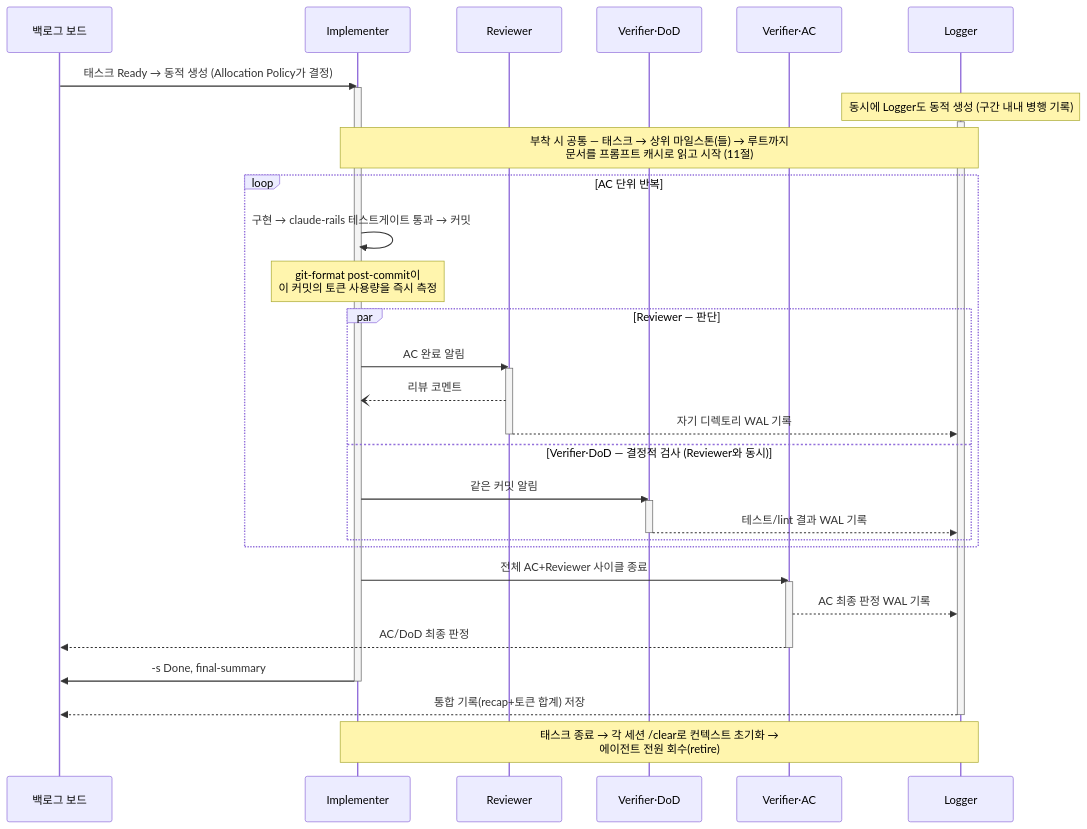
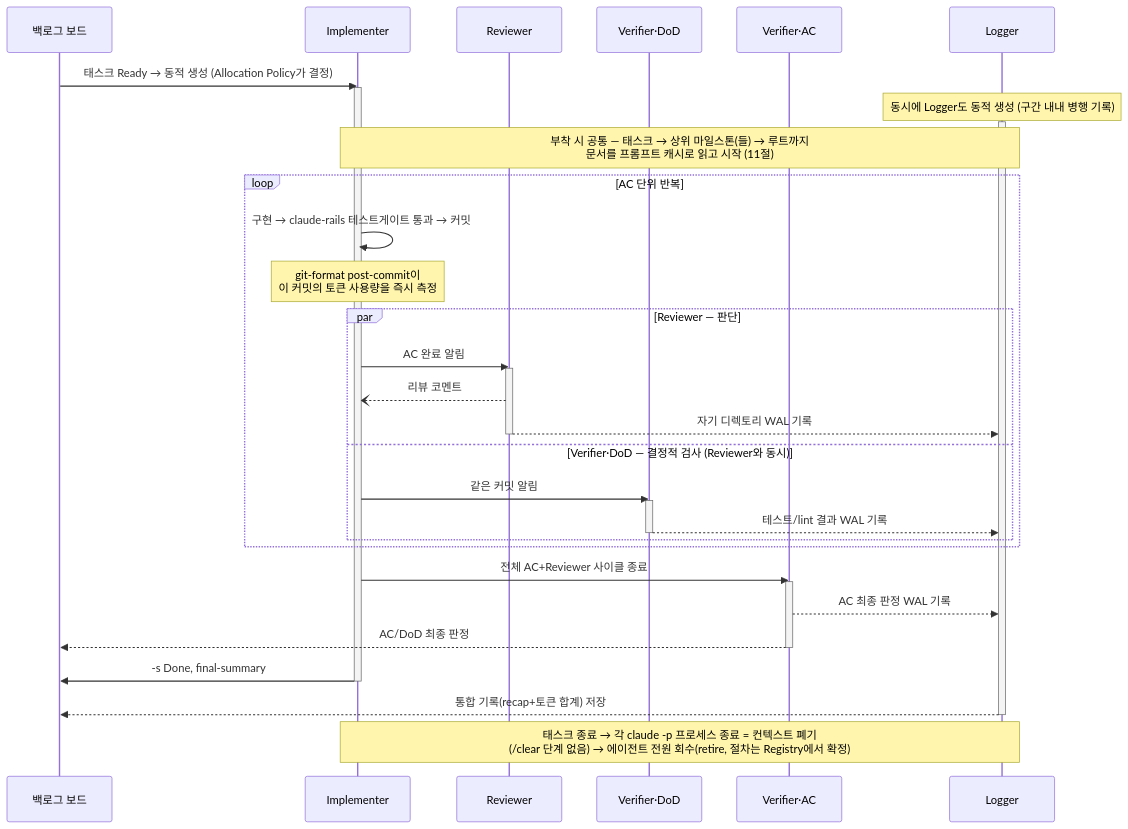
The diagram in diagrams/07-task-sequence.mmd (coralstay/coralstay-software-factory), drawn with Mermaid before and after one commit. The commit also changed 3 other files, not shown here.

First line of the commit message:
헤드리스 세션의 컨텍스트 폐기를 프로세스 종료로 정정

```diff
--- a/diagrams/07-task-sequence.mmd
+++ b/diagrams/07-task-sequence.mmd
@@ -1,42 +1,42 @@
 sequenceDiagram
     participant Board as 백로그 보드
     participant Imp as Implementer
     participant Rev as Reviewer
     participant VD as Verifier·DoD
     participant VA as Verifier·AC
     participant Log as Logger
 
     Board->>Imp: 태스크 Ready → 동적 생성 (Allocation Policy가 결정)
     activate Imp
     Note over Log: 동시에 Logger도 동적 생성 (구간 내내 병행 기록)
     activate Log
     Note over Imp,Log: 부착 시 공통 — 태스크 → 상위 마일스톤(들) → 루트까지<br/>문서를 프롬프트 캐시로 읽고 시작 (11절)
 
     loop AC 단위 반복
         Imp->>Imp: 구현 → claude-rails 테스트게이트 통과 → 커밋
         Note over Imp: git-format post-commit이<br/>이 커밋의 토큰 사용량을 즉시 측정
         par Reviewer — 판단
             Imp->>Rev: AC 완료 알림
             activate Rev
             Rev--)Imp: 리뷰 코멘트
             Rev-->>Log: 자기 디렉토리 WAL 기록
             deactivate Rev
         and Verifier·DoD — 결정적 검사 (Reviewer와 동시)
             Imp->>VD: 같은 커밋 알림
             activate VD
             VD-->>Log: 테스트/lint 결과 WAL 기록
             deactivate VD
         end
     end
 
     Imp->>VA: 전체 AC+Reviewer 사이클 종료
     activate VA
     VA-->>Log: AC 최종 판정 WAL 기록
     VA-->>Board: AC/DoD 최종 판정
     deactivate VA
 
     Imp->>Board: -s Done, final-summary
     deactivate Imp
     Log-->>Board: 통합 기록(recap+토큰 합계) 저장
     deactivate Log
-    Note over Imp,Log: 태스크 종료 → 각 세션 /clear로 컨텍스트 초기화 →<br/>에이전트 전원 회수(retire)
+    Note over Imp,Log: 태스크 종료 → 각 claude -p 프로세스 종료 = 컨텍스트 폐기<br/>(/clear 단계 없음) → 에이전트 전원 회수(retire, 절차는 Registry에서 확정)
```
